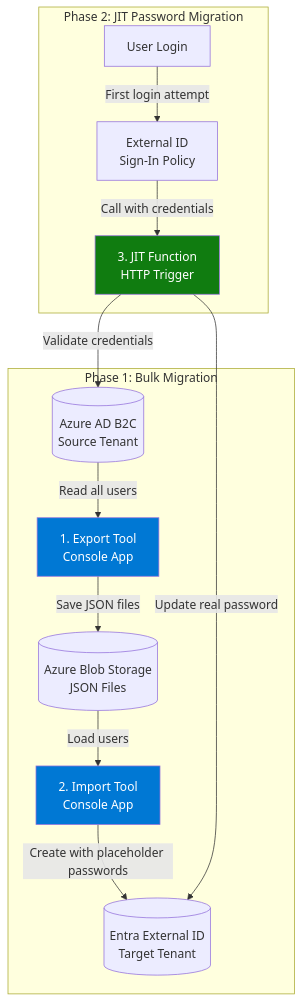
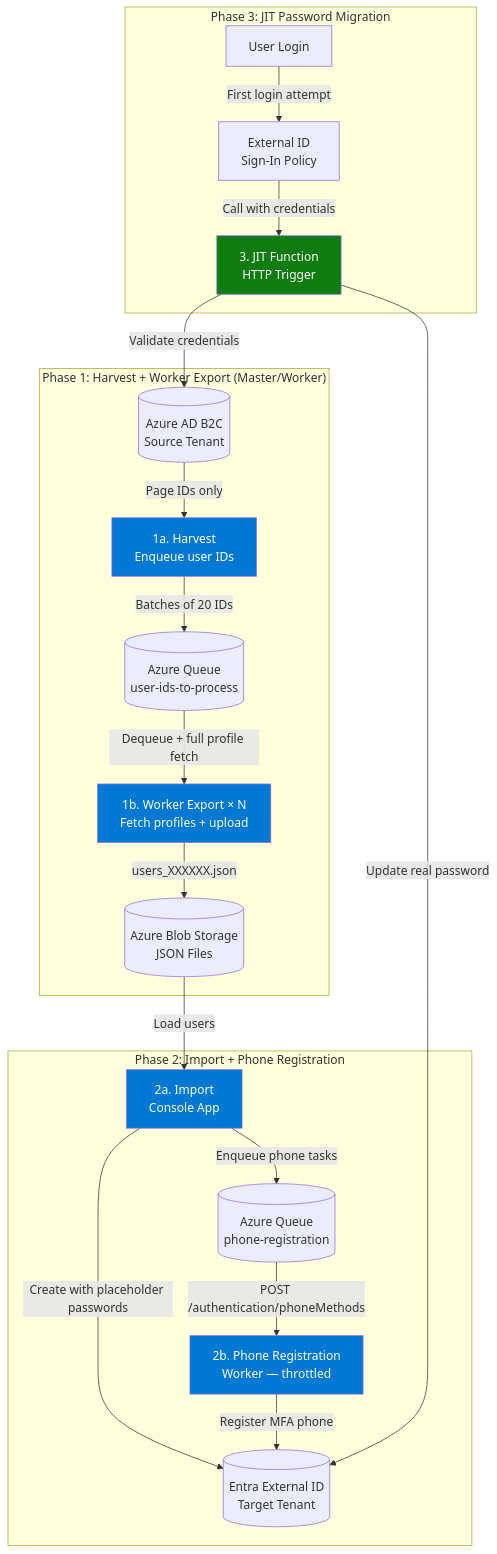
The diagram in README.md (alvesfabi/b2c-to-meeid-migration-tool), drawn with Mermaid before and after one commit. The commit also changed other lines of this file and 28 other files, not shown here.

````diff
--- a/README.md
+++ b/README.md
@@ -31,30 +31,45 @@
 ```mermaid
 graph TB
-    subgraph "Phase 1: Bulk Migration"
+    subgraph "Phase 1: Harvest + Worker Export (Master/Worker)"
         B2C[(Azure AD B2C<br/>Source Tenant)]
-        Export[1. Export Tool<br/>Console App]
+        Harvest[1a. Harvest<br/>Enqueue user IDs]
+        Queue1[(Azure Queue<br/>user-ids-to-process)]
+        Worker[1b. Worker Export × N<br/>Fetch profiles + upload]
         Storage[(Azure Blob Storage<br/>JSON Files)]
-        Import[2. Import Tool<br/>Console App]
+
+        B2C -->|Page IDs only| Harvest
+        Harvest -->|Batches of 20 IDs| Queue1
+        Queue1 -->|Dequeue + full profile fetch| Worker
+        Worker -->|users_XXXXXX.json| Storage
+    end
+
+    subgraph "Phase 2: Import + Phone Registration"
+        Import[2a. Import<br/>Console App]
         ExtID[(Entra External ID<br/>Target Tenant)]
+        Queue2[(Azure Queue<br/>phone-registration)]
+        PhoneWorker[2b. Phone Registration<br/>Worker — throttled]
 
-        B2C -->|Read all users| Export
-        Export -->|Save JSON files| Storage
         Storage -->|Load users| Import
         Import -->|Create with placeholder passwords| ExtID
+        Import -->|Enqueue phone tasks| Queue2
+        Queue2 -->|POST /authentication/phoneMethods| PhoneWorker
+        PhoneWorker -->|Register MFA phone| ExtID
     end
 
-    subgraph "Phase 2: JIT Password Migration"
+    subgraph "Phase 3: JIT Password Migration"
         User[User Login]
         ExtIDLogin[External ID<br/>Sign-In Policy]
         JIT[3. JIT Function<br/>HTTP Trigger]
 
         User -->|First login attempt| ExtIDLogin
         ExtIDLogin -->|Call with credentials| JIT
         JIT -->|Validate credentials| B2C
         JIT -->|Update real password| ExtID
     end
 
-    style Export fill:#0078d4,color:#fff
+    style Harvest fill:#0078d4,color:#fff
+    style Worker fill:#0078d4,color:#fff
     style Import fill:#0078d4,color:#fff
+    style PhoneWorker fill:#0078d4,color:#fff
     style JIT fill:#107c10,color:#fff
 ```
````
